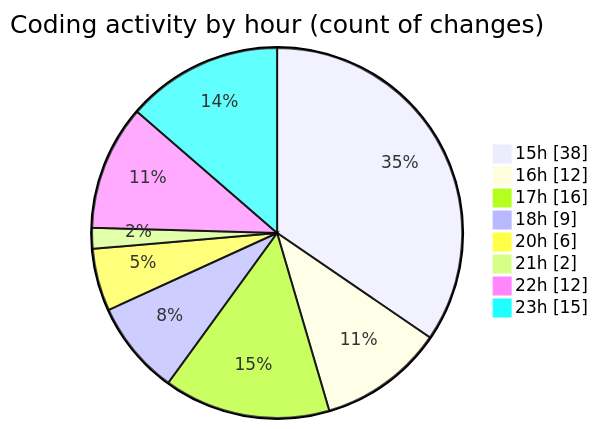
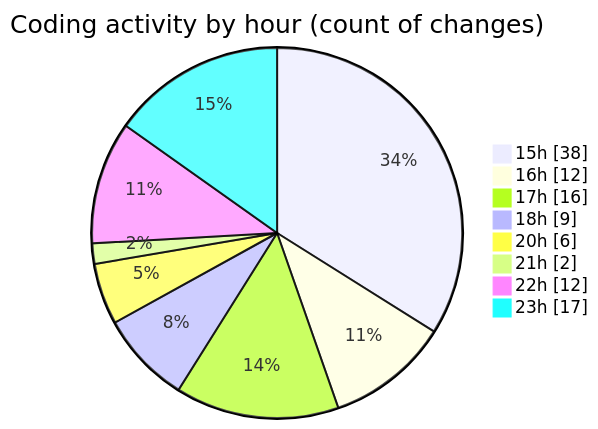
One commit to nxtqubesakshisongat/code-tracking changed the second of 2 diagrams in 2025-09-08/cashcalculator/README.md. Above: the diagram before and after it, drawn with Mermaid. The commit also changed other lines of this file and 1 other file, not shown here.

````diff
--- a/2025-09-08/cashcalculator/README.md
+++ b/2025-09-08/cashcalculator/README.md
@@ -28,12 +28,12 @@
 ```mermaid
 pie showData
 title Coding activity by hour (count of changes)
 "15h" : 38
 "16h" : 12
 "17h" : 16
 "18h" : 9
 "20h" : 6
 "21h" : 2
 "22h" : 12
-"23h" : 15
+"23h" : 17
 ```
````
